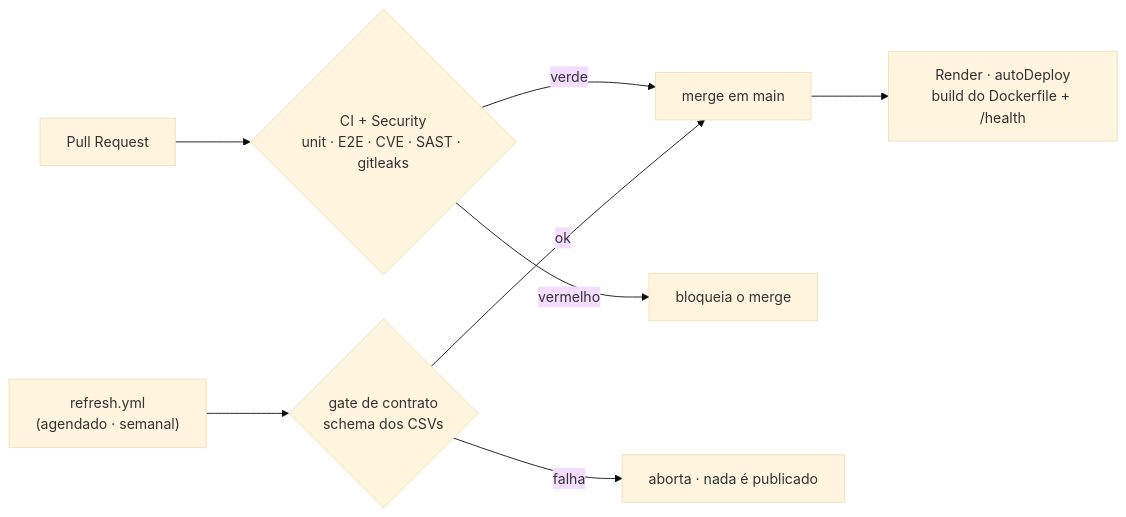
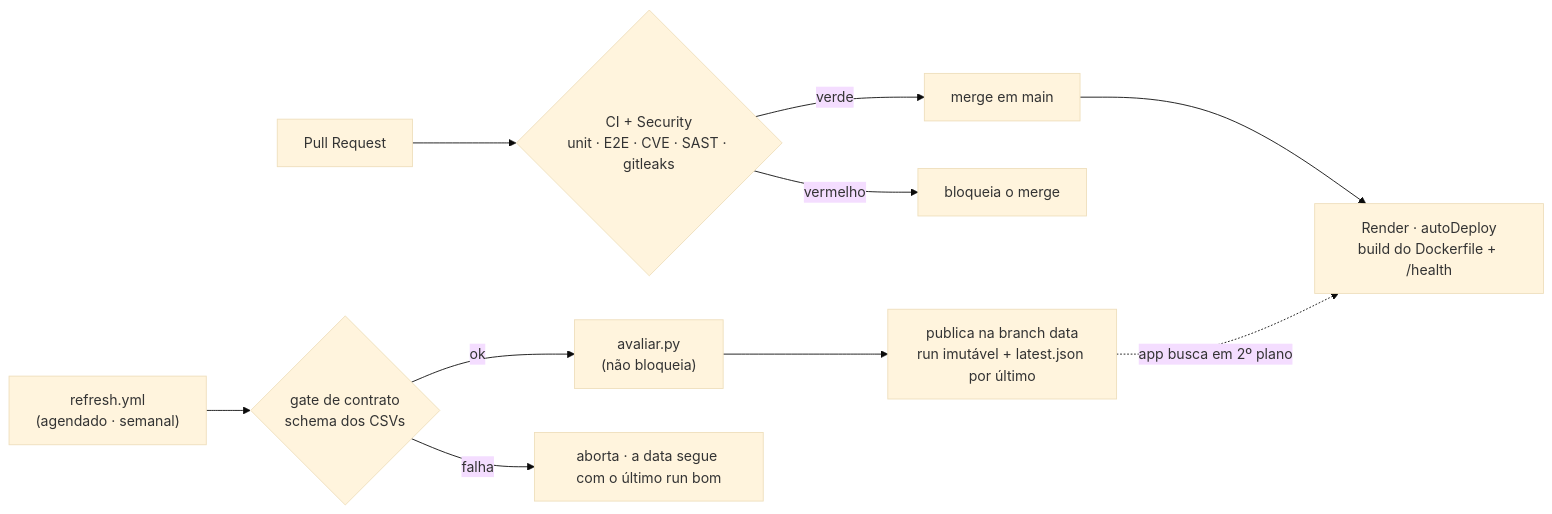
The second of 2 diagrams in README.md (fernando-aramis/dengue-lstm-forecast), drawn with Mermaid (base theme) before and after one commit. The commit also changed other lines of this file and 1 other file, not shown here.

Commit message:
docs: README (duas fontes, limitações, desempenho, operação, roadmap) e CONTEXTO (Fase 4)

````diff
--- a/README.md
+++ b/README.md
@@ -149,10 +192,11 @@
 ```mermaid
 flowchart LR
     PR["Pull Request"] --> CI{"CI + Security<br/>unit · E2E · CVE · SAST · gitleaks"}
     CI -- "verde" --> M["merge em main"]
     CI -- "vermelho" --> X["bloqueia o merge"]
     M --> R["Render · autoDeploy<br/>build do Dockerfile + /health"]
     REF["refresh.yml<br/>(agendado · semanal)"] --> G{"gate de contrato<br/>schema dos CSVs"}
-    G -- "ok" --> M
-    G -- "falha" --> AB["aborta · nada é publicado"]
+    G -- "ok" --> AV["avaliar.py<br/>(não bloqueia)"] --> DT["publica na branch data<br/>run imutável + latest.json por último"]
+    G -- "falha" --> AB["aborta · a data segue com o último run bom"]
+    DT -.->|"app busca em 2º plano"| R
 ```
````
